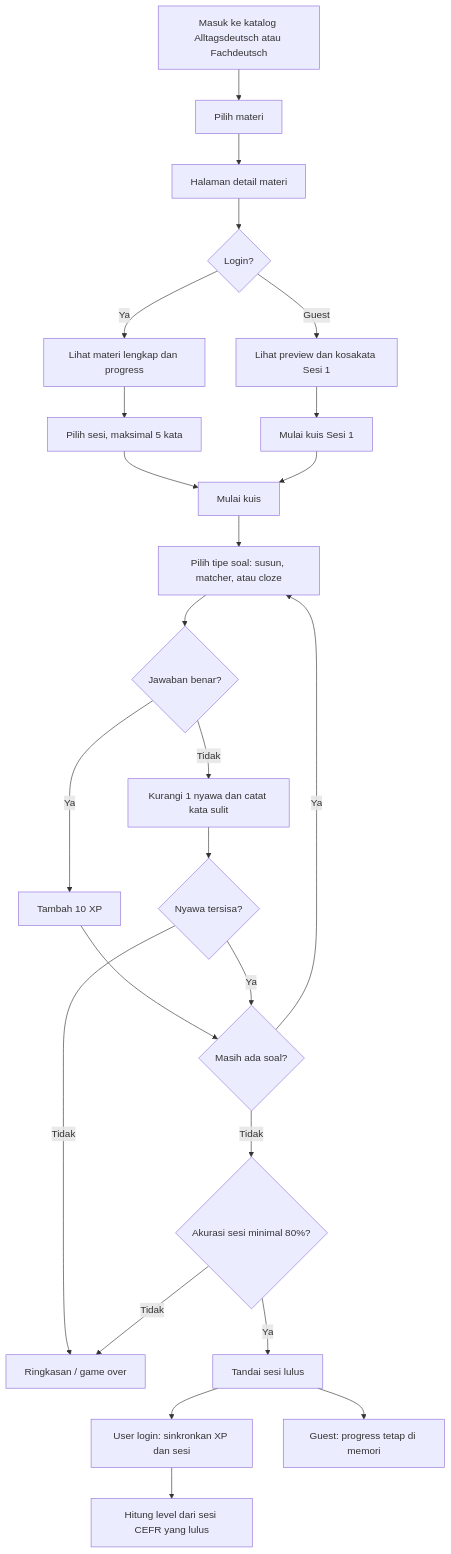
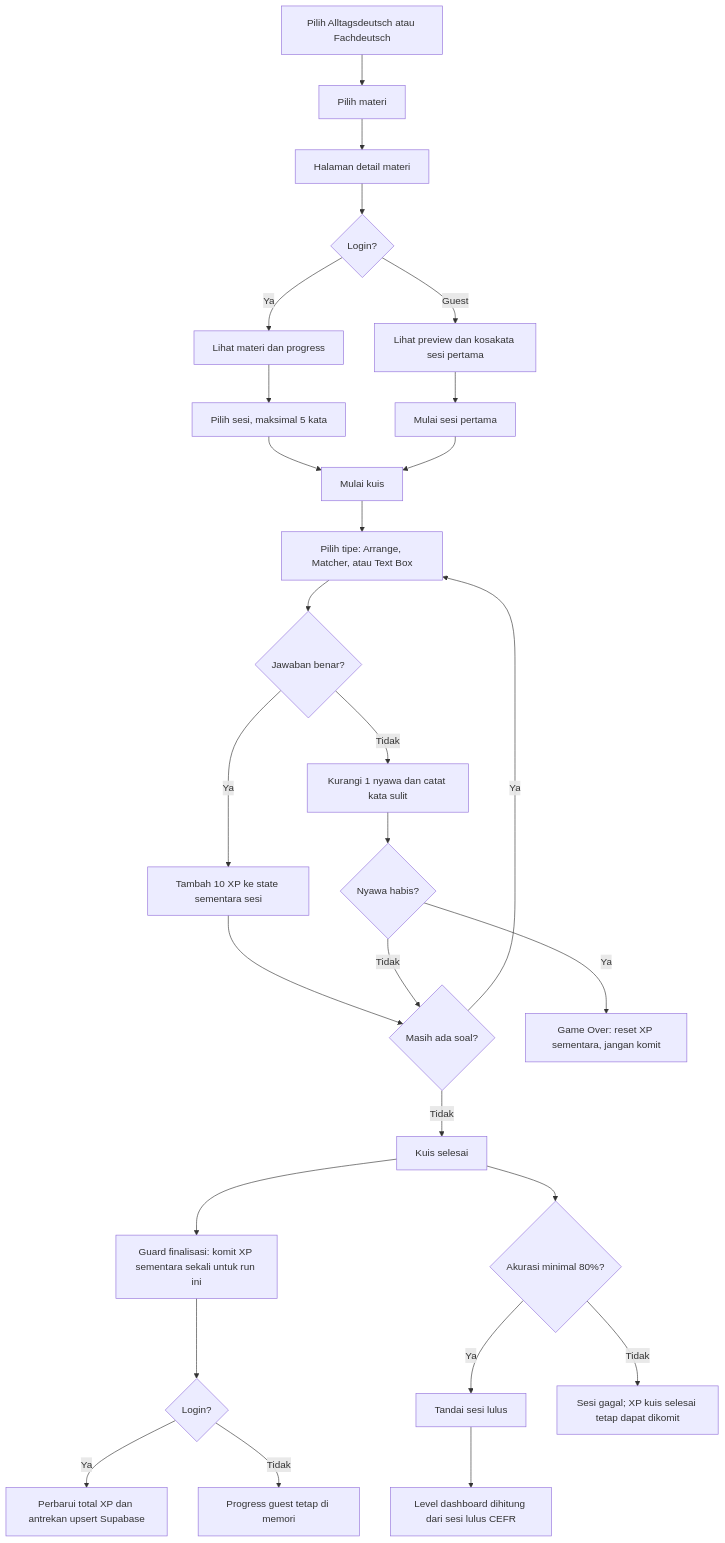
The second of 6 diagrams in FLOWCHART.md (nandayudhistirawibowo/NdUniverse), drawn with Mermaid before and after one commit. The commit also changed other lines of this file and 10 other files, not shown here.

Commit message:
feat: generalisasi login (auto-signup untuk umum), fitur Career, Bookmark, dan update dokumentasi

````diff
--- a/FLOWCHART.md
+++ b/FLOWCHART.md
@@ -35,27 +33,30 @@
 ```mermaid
 flowchart TD
-    A[Masuk ke katalog Alltagsdeutsch atau Fachdeutsch] --> B[Pilih materi]
+    A[Pilih Alltagsdeutsch atau Fachdeutsch] --> B[Pilih materi]
     B --> C[Halaman detail materi]
     C --> D{Login?}
-    D -->|Ya| E[Lihat materi lengkap dan progress]
-    D -->|Guest| F[Lihat preview dan kosakata Sesi 1]
+    D -->|Ya| E[Lihat materi dan progress]
+    D -->|Guest| F[Lihat preview dan kosakata sesi pertama]
     E --> G[Pilih sesi, maksimal 5 kata]
-    F --> H[Mulai kuis Sesi 1]
+    F --> H[Mulai sesi pertama]
     G --> I[Mulai kuis]
     H --> I
-    I --> J[Pilih tipe soal: susun, matcher, atau cloze]
+    I --> J[Pilih tipe: Arrange, Matcher, atau Text Box]
     J --> K{Jawaban benar?}
-    K -->|Ya| L[Tambah 10 XP]
+    K -->|Ya| L[Tambah 10 XP ke state sementara sesi]
     K -->|Tidak| M[Kurangi 1 nyawa dan catat kata sulit]
     L --> N{Masih ada soal?}
-    M --> O{Nyawa tersisa?}
-    O -->|Tidak| P[Ringkasan / game over]
-    O -->|Ya| N
+    M --> O{Nyawa habis?}
+    O -->|Ya| P[Game Over: reset XP sementara, jangan komit]
+    O -->|Tidak| N
     N -->|Ya| J
-    N -->|Tidak| Q{Akurasi sesi minimal 80%?}
-    Q -->|Ya| S[Tandai sesi lulus]
-    Q -->|Tidak| P
-    S --> T[User login: sinkronkan XP dan sesi]
-    S --> U[Guest: progress tetap di memori]
-    T --> V[Hitung level dari sesi CEFR yang lulus]
+    N -->|Tidak| Q[Kuis selesai]
+    Q --> R[Guard finalisasi: komit XP sementara sekali untuk run ini]
+    R --> S{Login?}
+    S -->|Ya| T[Perbarui total XP dan antrekan upsert Supabase]
+    S -->|Tidak| U[Progress guest tetap di memori]
+    Q --> V{Akurasi minimal 80%?}
+    V -->|Ya| W[Tandai sesi lulus]
+    V -->|Tidak| X[Sesi gagal; XP kuis selesai tetap dapat dikomit]
+    W --> Y[Level dashboard dihitung dari sesi lulus CEFR]
 ```
````
